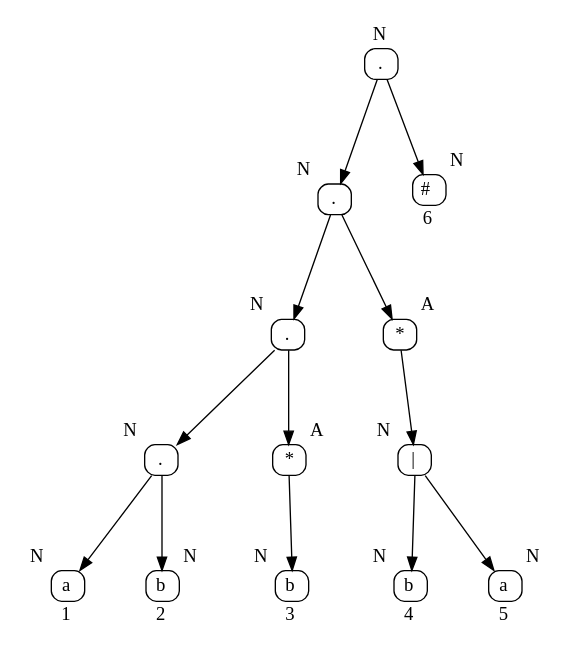
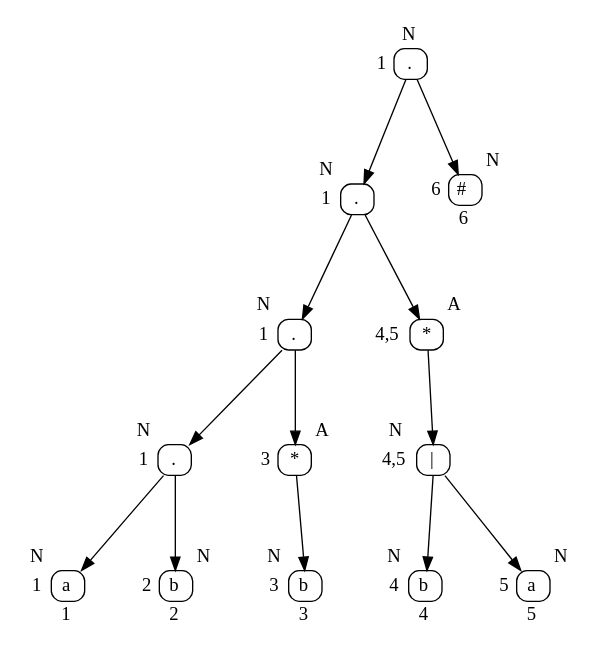
The diagram in Dot/Expresion1.dot (bryan967132/OLC1_Proyecto1_201908355), drawn with Graphviz before and after one commit. The commit also changed 3 other files, not shown here.

```diff
--- a/Dot/Expresion1.dot
+++ b/Dot/Expresion1.dot
@@ -1,28 +1,28 @@
 digraph Tree {
 	node[shape = plaintext];
-	node12[label=<<table border="0" cellspacing="0" cellpadding="3"><tr><td></td><td>N</td><td></td></tr><tr><td></td><td border="1" style="rounded" port="p12" width="25">.</td><td></td></tr><tr><td></td><td></td><td></td></tr></table>>];
-	node11[label=<<table border="0" cellspacing="0" cellpadding="3"><tr><td>N</td><td></td><td></td></tr><tr><td></td><td border="1" style="rounded" port="p11" width="25">.</td><td></td></tr><tr><td></td><td></td><td></td></tr></table>>];
-	node10[label=<<table border="0" cellspacing="0" cellpadding="3"><tr><td>N</td><td></td><td></td></tr><tr><td></td><td border="1" style="rounded" port="p10" width="25">.</td><td></td></tr><tr><td></td><td></td><td></td></tr></table>>];
-	node9[label=<<table border="0" cellspacing="0" cellpadding="3"><tr><td>N</td><td></td><td></td></tr><tr><td></td><td border="1" style="rounded" port="p9" width="25">.</td><td></td></tr><tr><td></td><td></td><td></td></tr></table>>];
-	node8[label=<<table border="0" cellspacing="0" cellpadding="3"><tr><td>N</td><td></td><td></td></tr><tr><td></td><td border="1" style="rounded" port="p8" width="25">a</td><td></td></tr><tr><td></td><td>1</td><td></td></tr></table>>];
+	node12[label=<<table border="0" cellspacing="0" cellpadding="3"><tr><td></td><td>N</td><td></td></tr><tr><td>1</td><td border="1" style="rounded" port="p12" width="25">.</td><td></td></tr><tr><td></td><td></td><td></td></tr></table>>];
+	node11[label=<<table border="0" cellspacing="0" cellpadding="3"><tr><td>N</td><td></td><td></td></tr><tr><td>1</td><td border="1" style="rounded" port="p11" width="25">.</td><td></td></tr><tr><td></td><td></td><td></td></tr></table>>];
+	node10[label=<<table border="0" cellspacing="0" cellpadding="3"><tr><td>N</td><td></td><td></td></tr><tr><td>1</td><td border="1" style="rounded" port="p10" width="25">.</td><td></td></tr><tr><td></td><td></td><td></td></tr></table>>];
+	node9[label=<<table border="0" cellspacing="0" cellpadding="3"><tr><td>N</td><td></td><td></td></tr><tr><td>1</td><td border="1" style="rounded" port="p9" width="25">.</td><td></td></tr><tr><td></td><td></td><td></td></tr></table>>];
+	node8[label=<<table border="0" cellspacing="0" cellpadding="3"><tr><td>N</td><td></td><td></td></tr><tr><td>1</td><td border="1" style="rounded" port="p8" width="25">a</td><td></td></tr><tr><td></td><td>1</td><td></td></tr></table>>];
 	node9:p9 -> node8:p8;
-	node7[label=<<table border="0" cellspacing="0" cellpadding="3"><tr><td></td><td></td><td>N</td></tr><tr><td></td><td border="1" style="rounded" port="p7" width="25">b</td><td></td></tr><tr><td></td><td>2</td><td></td></tr></table>>];
+	node7[label=<<table border="0" cellspacing="0" cellpadding="3"><tr><td></td><td></td><td>N</td></tr><tr><td>2</td><td border="1" style="rounded" port="p7" width="25">b</td><td></td></tr><tr><td></td><td>2</td><td></td></tr></table>>];
 	node9:p9 -> node7:p7;
 	node10:p10 -> node9:p9;
-	node6[label=<<table border="0" cellspacing="0" cellpadding="3"><tr><td></td><td></td><td>A</td></tr><tr><td></td><td border="1" style="rounded" port="p6" width="25">*</td><td></td></tr><tr><td></td><td></td><td></td></tr></table>>];
-	node5[label=<<table border="0" cellspacing="0" cellpadding="3"><tr><td>N</td><td></td><td></td></tr><tr><td></td><td border="1" style="rounded" port="p5" width="25">b</td><td></td></tr><tr><td></td><td>3</td><td></td></tr></table>>];
+	node6[label=<<table border="0" cellspacing="0" cellpadding="3"><tr><td></td><td></td><td>A</td></tr><tr><td>3</td><td border="1" style="rounded" port="p6" width="25">*</td><td></td></tr><tr><td></td><td></td><td></td></tr></table>>];
+	node5[label=<<table border="0" cellspacing="0" cellpadding="3"><tr><td>N</td><td></td><td></td></tr><tr><td>3</td><td border="1" style="rounded" port="p5" width="25">b</td><td></td></tr><tr><td></td><td>3</td><td></td></tr></table>>];
 	node6:p6 -> node5:p5;
 	node10:p10 -> node6:p6;
 	node11:p11 -> node10:p10;
-	node4[label=<<table border="0" cellspacing="0" cellpadding="3"><tr><td></td><td></td><td>A</td></tr><tr><td></td><td border="1" style="rounded" port="p4" width="25">*</td><td></td></tr><tr><td></td><td></td><td></td></tr></table>>];
-	node3[label=<<table border="0" cellspacing="0" cellpadding="3"><tr><td>N</td><td></td><td></td></tr><tr><td></td><td border="1" style="rounded" port="p3" width="25">|</td><td></td></tr><tr><td></td><td></td><td></td></tr></table>>];
-	node2[label=<<table border="0" cellspacing="0" cellpadding="3"><tr><td>N</td><td></td><td></td></tr><tr><td></td><td border="1" style="rounded" port="p2" width="25">b</td><td></td></tr><tr><td></td><td>4</td><td></td></tr></table>>];
+	node4[label=<<table border="0" cellspacing="0" cellpadding="3"><tr><td></td><td></td><td>A</td></tr><tr><td>4,5</td><td border="1" style="rounded" port="p4" width="25">*</td><td></td></tr><tr><td></td><td></td><td></td></tr></table>>];
+	node3[label=<<table border="0" cellspacing="0" cellpadding="3"><tr><td>N</td><td></td><td></td></tr><tr><td>4,5</td><td border="1" style="rounded" port="p3" width="25">|</td><td></td></tr><tr><td></td><td></td><td></td></tr></table>>];
+	node2[label=<<table border="0" cellspacing="0" cellpadding="3"><tr><td>N</td><td></td><td></td></tr><tr><td>4</td><td border="1" style="rounded" port="p2" width="25">b</td><td></td></tr><tr><td></td><td>4</td><td></td></tr></table>>];
 	node3:p3 -> node2:p2;
-	node1[label=<<table border="0" cellspacing="0" cellpadding="3"><tr><td></td><td></td><td>N</td></tr><tr><td></td><td border="1" style="rounded" port="p1" width="25">a</td><td></td></tr><tr><td></td><td>5</td><td></td></tr></table>>];
+	node1[label=<<table border="0" cellspacing="0" cellpadding="3"><tr><td></td><td></td><td>N</td></tr><tr><td>5</td><td border="1" style="rounded" port="p1" width="25">a</td><td></td></tr><tr><td></td><td>5</td><td></td></tr></table>>];
 	node3:p3 -> node1:p1;
 	node4:p4 -> node3:p3;
 	node11:p11 -> node4:p4;
 	node12:p12 -> node11:p11;
-	node0[label=<<table border="0" cellspacing="0" cellpadding="3"><tr><td></td><td></td><td>N</td></tr><tr><td></td><td border="1" style="rounded" port="p0" width="25">#</td><td></td></tr><tr><td></td><td>6</td><td></td></tr></table>>];
+	node0[label=<<table border="0" cellspacing="0" cellpadding="3"><tr><td></td><td></td><td>N</td></tr><tr><td>6</td><td border="1" style="rounded" port="p0" width="25">#</td><td></td></tr><tr><td></td><td>6</td><td></td></tr></table>>];
 	node12:p12 -> node0:p0;
 }
```
